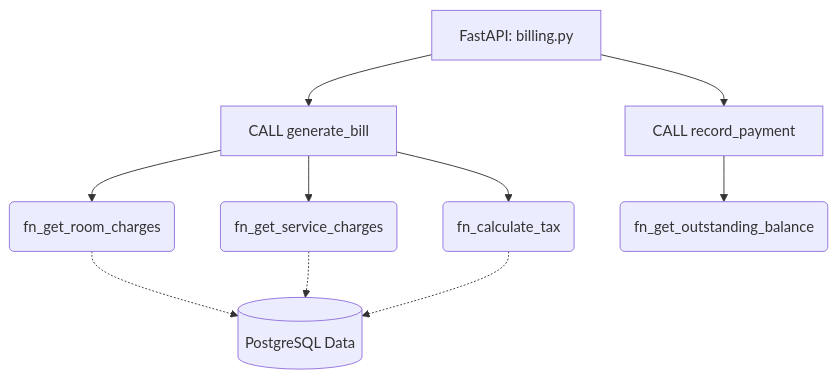
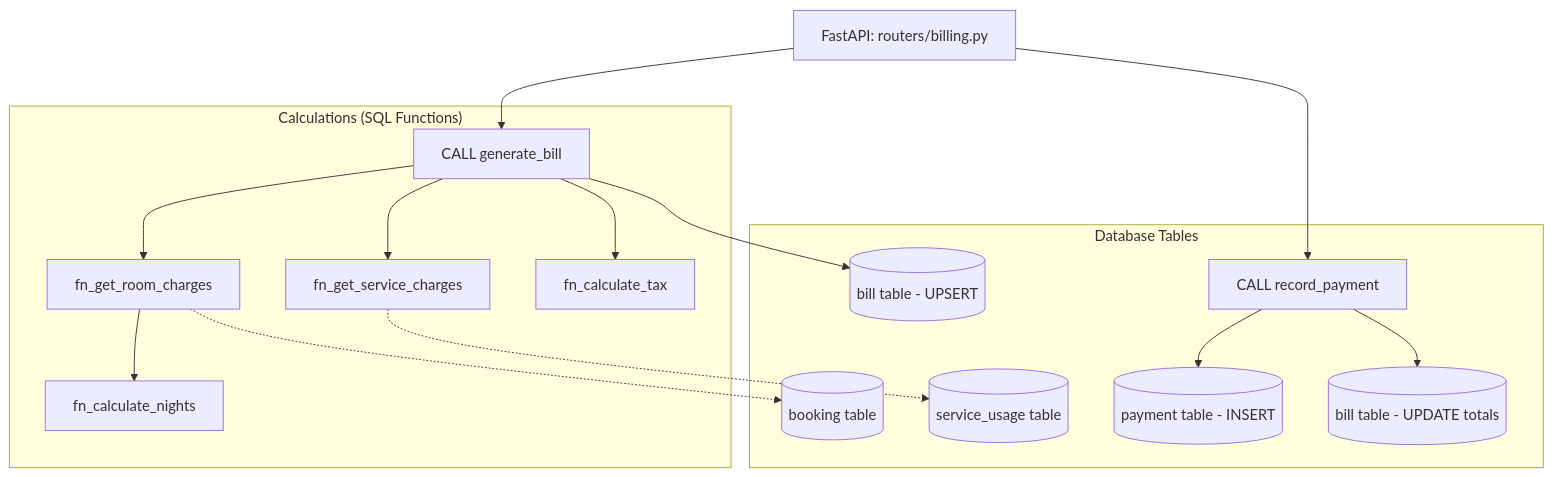
One commit to SithumDFernando/Hotel_Management_System_DB_G33 changed the diagram in docs/work/sheereen.md. Above: the diagram before and after it, drawn with Mermaid. The commit also changed other lines of this file and 8 other files, not shown here.

````diff
--- a/docs/work/sheereen.md
+++ b/docs/work/sheereen.md
@@ -21,15 +114,20 @@
 ```mermaid
 flowchart TD
-    API[FastAPI: billing.py] --> PROC_GEN[CALL generate_bill]
+    API[FastAPI: routers/billing.py] --> PROC_GEN[CALL generate_bill]
     API --> PROC_PAY[CALL record_payment]
 
-    PROC_GEN --> FN1(fn_get_room_charges)
-    PROC_GEN --> FN2(fn_get_service_charges)
-    PROC_GEN --> FN3(fn_calculate_tax)
-    
-    FN1 -.-> DB[(PostgreSQL Data)]
-    FN2 -.-> DB
-    FN3 -.-> DB
+    subgraph "Calculations (SQL Functions)"
+        PROC_GEN --> FN1[fn_get_room_charges]
+        PROC_GEN --> FN2[fn_get_service_charges]
+        PROC_GEN --> FN3[fn_calculate_tax]
+        FN1 --> FN_NIGHTS[fn_calculate_nights]
+    end
 
-    PROC_PAY --> FN4(fn_get_outstanding_balance)
+    subgraph "Database Tables"
+        FN1 -.-> BOOKING[(booking table)]
+        FN2 -.-> USAGE[(service_usage table)]
+        PROC_GEN --> BILL[(bill table - UPSERT)]
+        PROC_PAY --> PAYMENT[(payment table - INSERT)]
+        PROC_PAY --> BILL_UPDATE[(bill table - UPDATE totals)]
+    end
 ```
````
